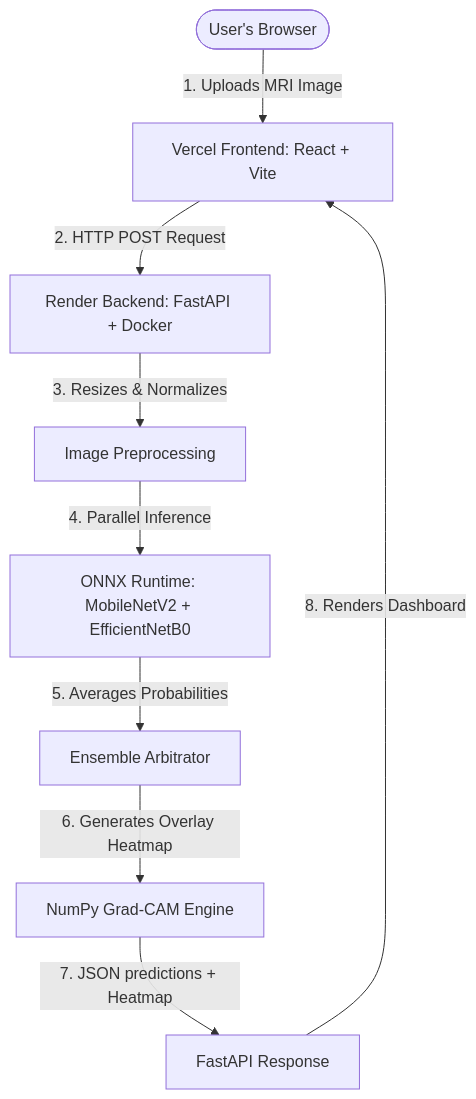
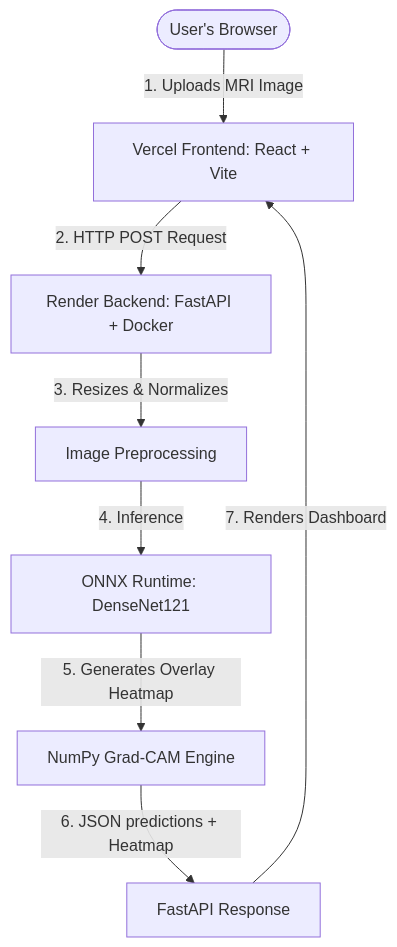
Before and after one commit to adoreashu/Brain-Tumor-Detection: the diagram in README.md, drawn with Mermaid. The commit also changed other lines of this file, not shown here.

Commit message:
Update README with 13k dataset metrics and DenseNet121 architecture

````diff
--- a/README.md
+++ b/README.md
@@ -18,11 +18,10 @@
 ```mermaid
 graph TD
     User([User's Browser]) -->|1. Uploads MRI Image| Frontend[Vercel Frontend: React + Vite]
     Frontend -->|2. HTTP POST Request| Backend[Render Backend: FastAPI + Docker]
     Backend -->|3. Resizes & Normalizes| Preprocess[Image Preprocessing]
-    Preprocess -->|4. Parallel Inference| Ensemble[ONNX Runtime: MobileNetV2 + EfficientNetB0]
-    Ensemble -->|5. Averages Probabilities| Arbiter[Ensemble Arbitrator]
-    Arbiter -->|6. Generates Overlay Heatmap| GradCAM[NumPy Grad-CAM Engine]
-    GradCAM -->|7. JSON predictions + Heatmap| Response[FastAPI Response]
-    Response -->|8. Renders Dashboard| Frontend
+    Preprocess -->|4. Inference| Model[ONNX Runtime: DenseNet121]
+    Model -->|5. Generates Overlay Heatmap| GradCAM[NumPy Grad-CAM Engine]
+    GradCAM -->|6. JSON predictions + Heatmap| Response[FastAPI Response]
+    Response -->|7. Renders Dashboard| Frontend
 ```
````
